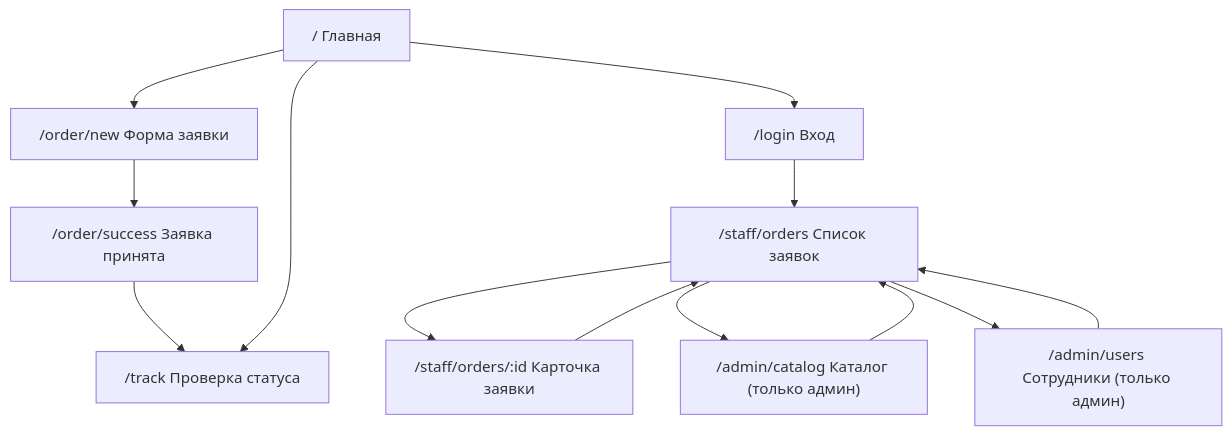
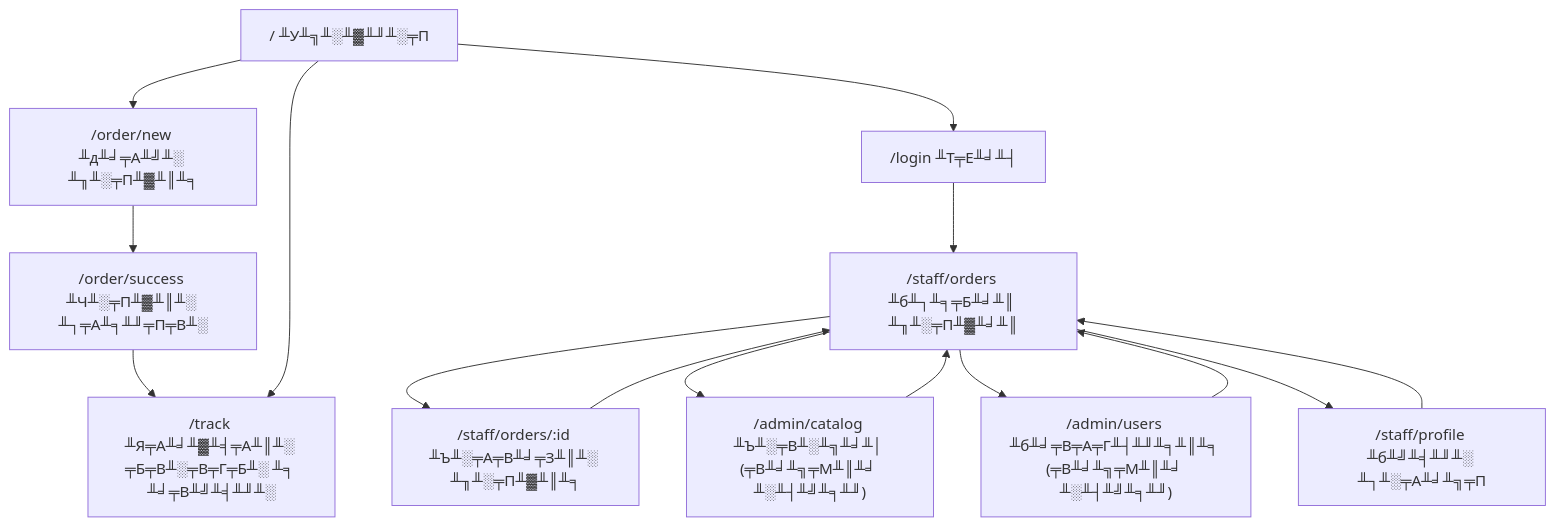
Before and after one commit to hudajbergenovafaiza-sketch/uniform-orders: the second of 2 diagrams in docs/architecture.md, drawn with Mermaid. The commit also changed other lines of this file, not shown here.

````diff
--- a/docs/architecture.md
+++ b/docs/architecture.md
@@ -591,25 +679,28 @@
 ```mermaid
 flowchart TD
-    Home["/ Главная"]
-    NewOrder["/order/new Форма заявки"]
-    Success["/order/success Заявка принята"]
-    Track["/track Проверка статуса"]
-    Login["/login Вход"]
-    List["/staff/orders Список заявок"]
-    Card["/staff/orders/:id Карточка заявки"]
-    Catalog["/admin/catalog Каталог (только админ)"]
-    Users["/admin/users Сотрудники (только админ)"]
+    Home["/ ╨У╨╗╨░╨▓╨╜╨░╤П"]
+    NewOrder["/order/new ╨д╨╛╤А╨╝╨░ ╨╖╨░╤П╨▓╨║╨╕"]
+    Success["/order/success ╨Ч╨░╤П╨▓╨║╨░ ╨┐╤А╨╕╨╜╤П╤В╨░"]
+    Track["/track ╨Я╤А╨╛╨▓╨╡╤А╨║╨░ ╤Б╤В╨░╤В╤Г╤Б╨░ ╨╕ ╨╛╤В╨╝╨╡╨╜╨░"]
+    Login["/login ╨Т╤Е╨╛╨┤"]
+    List["/staff/orders ╨б╨┐╨╕╤Б╨╛╨║ ╨╖╨░╤П╨▓╨╛╨║"]
+    Card["/staff/orders/:id ╨Ъ╨░╤А╤В╨╛╤З╨║╨░ ╨╖╨░╤П╨▓╨║╨╕"]
+    Catalog["/admin/catalog ╨Ъ╨░╤В╨░╨╗╨╛╨│ (╤В╨╛╨╗╤М╨║╨╛ ╨░╨┤╨╝╨╕╨╜)"]
+    Users["/admin/users ╨б╨╛╤В╤А╤Г╨┤╨╜╨╕╨║╨╕ (╤В╨╛╨╗╤М╨║╨╛ ╨░╨┤╨╝╨╕╨╜)"]
+    Profile["/staff/profile ╨б╨╝╨╡╨╜╨░ ╨┐╨░╤А╨╛╨╗╤П"]
 
     Home --> NewOrder
     NewOrder --> Success
     Success --> Track
     Home --> Track
     Home --> Login
     Login --> List
     List --> Card
     Card --> List
     List --> Catalog
     List --> Users
     Catalog --> List
     Users --> List
+    List --> Profile
+    Profile --> List
 ```
````
